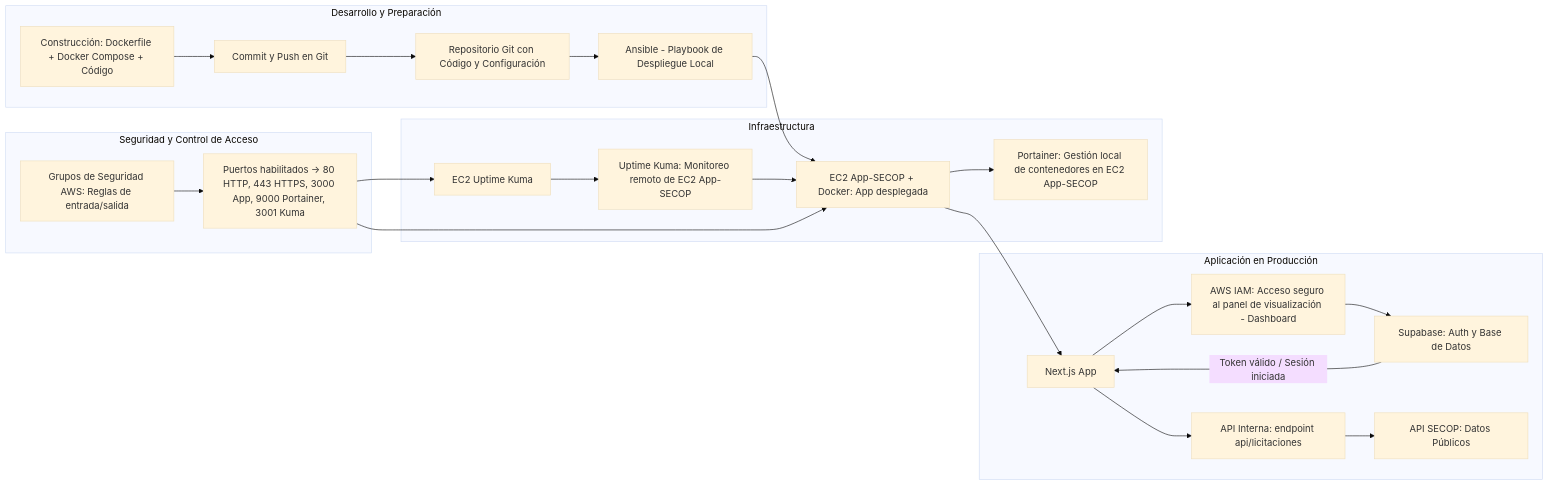
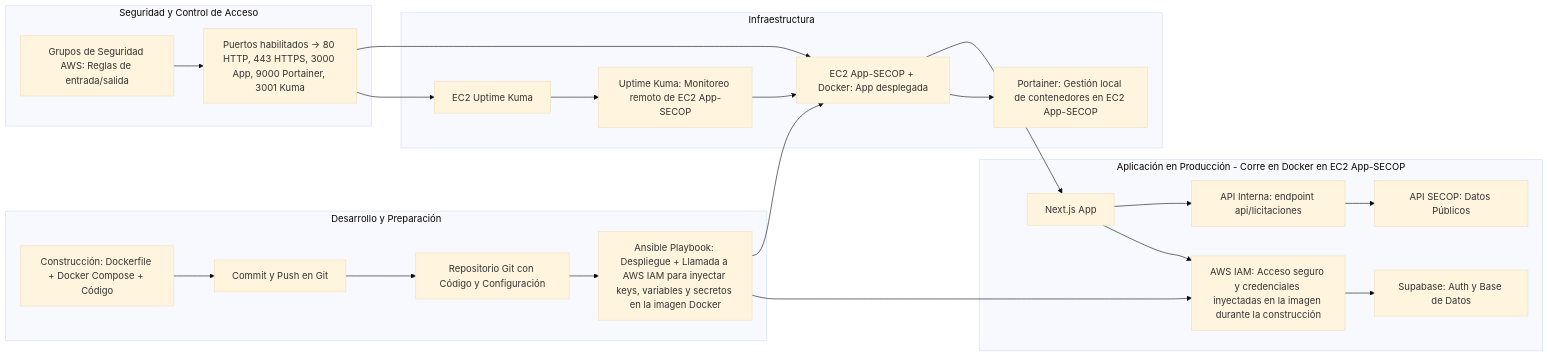
The diagram in README.md (Hmarquezrada/automated-deployment-with-ansible-iac-devops), drawn with Mermaid (base theme) before and after one commit.

````diff
--- a/README.md
+++ b/README.md
@@ -37,56 +37,56 @@
 ```mermaid
 flowchart LR
     subgraph DEV[Desarrollo y Preparación]
         B1[Construcción: Dockerfile + Docker Compose + Código]
         X[Commit y Push en Git]
         E[Repositorio Git con Código y Configuración]
-        F[Ansible - Playbook de Despliegue Local]
+        F[Ansible Playbook: Despliegue + Llamada a AWS IAM para inyectar keys, variables y secretos en la imagen Docker]
     end
 
-    subgraph APP[Aplicación en Producción]
+    subgraph APP[Aplicación en Producción - Corre en Docker en EC2 App-SECOP]
         A[Next.js App]
         D[API Interna: endpoint api/licitaciones]
         B[Supabase: Auth y Base de Datos]
-        C["AWS IAM: Acceso seguro al panel de visualización - Dashboard"]
+        C["AWS IAM: Acceso seguro y credenciales inyectadas en la imagen durante la construcción"]
         S[API SECOP: Datos Públicos]
     end
 
     subgraph INFRA[Infraestructura]
         G[EC2 App-SECOP + Docker: App desplegada]
         PK[Portainer: Gestión local de contenedores en EC2 App-SECOP]
         UK[Uptime Kuma: Monitoreo remoto de EC2 App-SECOP]
         G2[EC2 Uptime Kuma]
     end
 
     subgraph SECURITY[Seguridad y Control de Acceso]
         SG[Grupos de Seguridad AWS: Reglas de entrada/salida]
         P[Puertos habilitados -> 80 HTTP, 443 HTTPS, 3000 App, 9000 Portainer, 3001 Kuma]
     end
 
     %% Flujo de construcción y despliegue
     B1 --> X
     X --> E
     E --> F
     F --> G
 
     %% Conexiones de la App
     G --> A
     A --> D
     D --> S
     A --> C
     C --> B
-    B -- "Token válido / Sesión iniciada" --> A
+    F --> C
 
     %% Portainer local
     G --> PK
 
     %% Uptime Kuma en EC2 separada
     G2 --> UK
     UK --> G
 
     %% Seguridad
     SG --> P
     P --> G
     P --> G2
 
 ```
````
